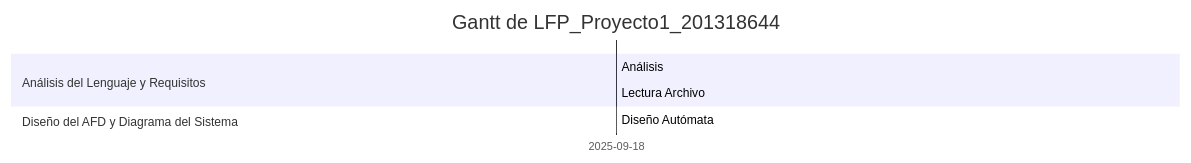
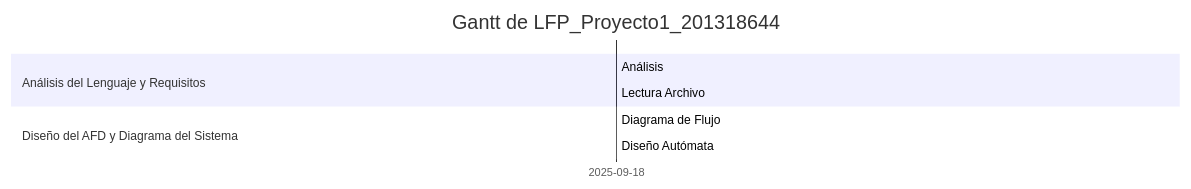
Before and after one commit to MynorCifuentes/TourneyJS: the diagram in docs/gantt.md, drawn with Mermaid.

Commit message:
Actualiza diagrama de Gantt automático

````diff
--- a/docs/gantt.md
+++ b/docs/gantt.md
@@ -1,14 +1,15 @@
 ```mermaid
 gantt
     dateFormat  YYYY-MM-DD
     title Gantt de LFP_Proyecto1_201318644
     excludes    weekends
     section Análisis del Lenguaje y Requisitos
     Análisis :active, 2, 2025-09-18, 2025-09-18
     Lectura Archivo :active, 1, 2025-09-18, 2025-09-18
     section Diseño del AFD y Diagrama del Sistema
+    Diagrama de Flujo :active, 4, 2025-09-18, 2025-09-18
     Diseño Autómata :active, 3, 2025-09-18, 2025-09-18
     section Implementación del Analizador Léxico
     section Generación de Salidas
     section Pruebas, Corrección y Documentación
 ```
````
